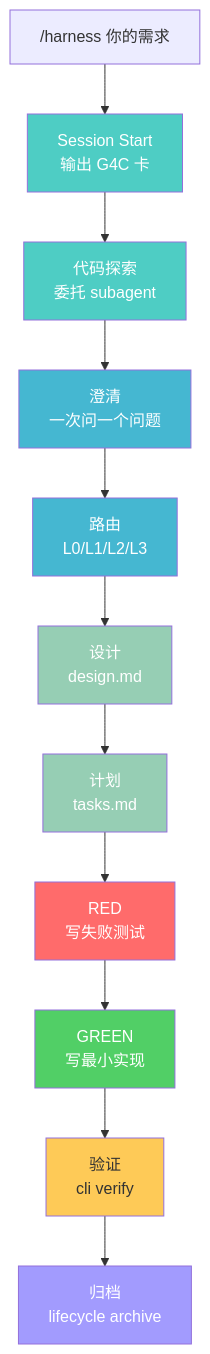
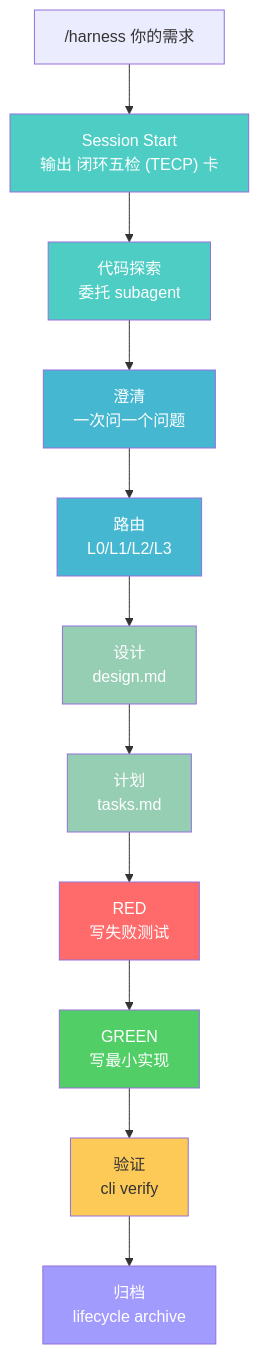
One commit to Emtemf/enterprise-harness changed the diagram in README.md. Above: the diagram before and after it, drawn with Mermaid. The commit also changed other lines of this file and 9 other files, not shown here.

Commit message:
feat: rename G4C to 闭环五检 TECP — Target/Context/Evidence/Path

````diff
--- a/README.md
+++ b/README.md
@@ -21,24 +21,24 @@
 ```mermaid
 graph TD
-    U["/harness 你的需求"] --> S["Session Start<br/>输出 G4C 卡"]
+    U["/harness 你的需求"] --> S["Session Start<br/>输出 闭环五检 (TECP) 卡"]
     S --> E["代码探索<br/>委托 subagent"]
     E --> C["澄清<br/>一次问一个问题"]
     C --> R["路由<br/>L0/L1/L2/L3"]
     R --> D["设计<br/>design.md"]
     D --> T["计划<br/>tasks.md"]
     T --> RED["RED<br/>写失败测试"]
     RED --> GREEN["GREEN<br/>写最小实现"]
     GREEN --> V["验证<br/>cli verify"]
     V --> A["归档<br/>lifecycle archive"]
 
     style S fill:#4ecdc4,color:#fff
     style E fill:#4ecdc4,color:#fff
     style C fill:#45b7d1,color:#fff
     style R fill:#45b7d1,color:#fff
     style D fill:#96ceb4,color:#fff
     style T fill:#96ceb4,color:#fff
     style RED fill:#ff6b6b,color:#fff
     style GREEN fill:#51cf66,color:#fff
     style V fill:#feca57,color:#333
     style A fill:#a29bfe,color:#fff
 ```
````
